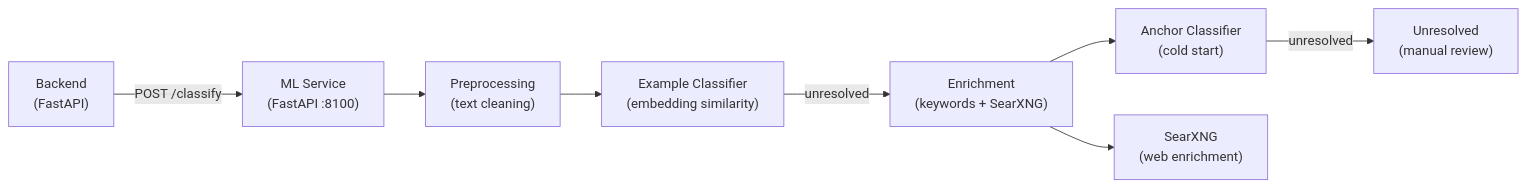
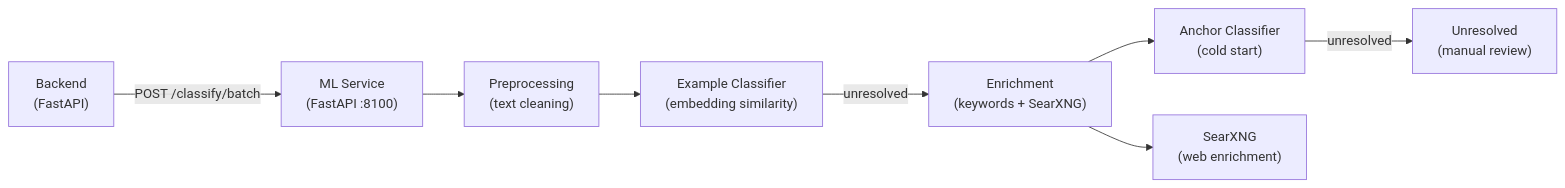
The diagram in docs/ml/index.md (maltewinckler/swen), drawn with Mermaid before and after one commit. The commit also changed other lines of this file and 22 other files, not shown here.

````diff
--- a/docs/ml/index.md
+++ b/docs/ml/index.md
@@ -46,10 +46,10 @@
 ```mermaid
 graph LR
-    backend["Backend<br>(FastAPI)"] -->|"POST /classify"| ml["ML Service<br>(FastAPI :8100)"]
+    backend["Backend<br>(FastAPI)"] -->|"POST /classify/batch"| ml["ML Service<br>(FastAPI :8100)"]
     ml --> pre["Preprocessing<br>(text cleaning)"]
     pre --> example["Example Classifier<br>(embedding similarity)"]
     example -->|unresolved| enrich["Enrichment<br>(keywords + SearXNG)"]
     enrich --> anchor["Anchor Classifier<br>(cold start)"]
     anchor -->|unresolved| fallback["Unresolved<br>(manual review)"]
     enrich --> searxng["SearXNG<br>(web enrichment)"]
 ```
````
